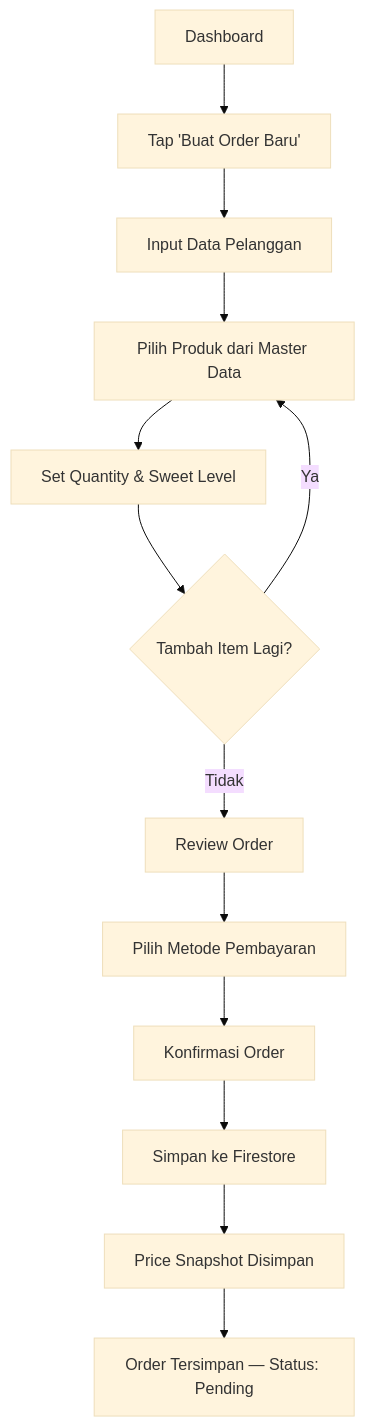
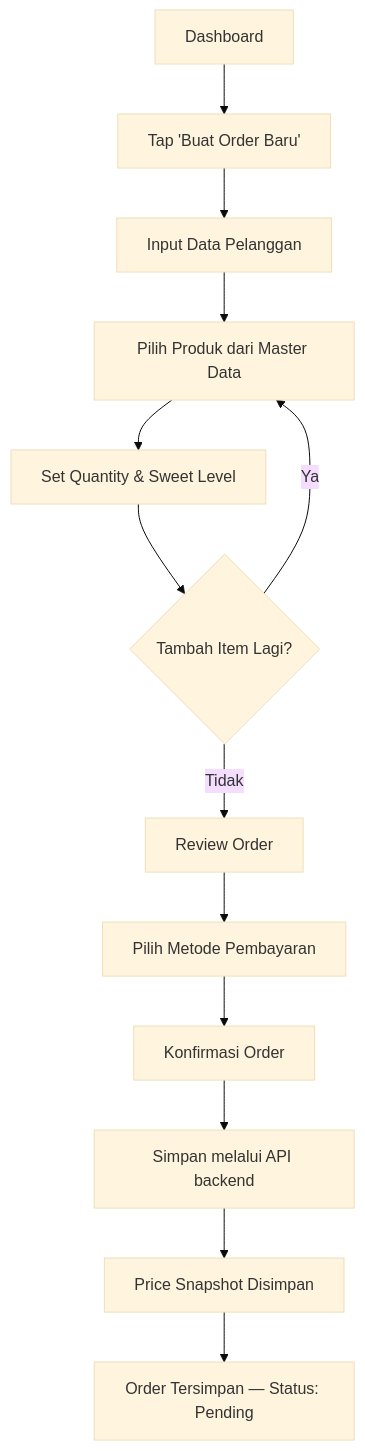
Before and after one commit to ryceryce/JoyMilk: the second of 4 diagrams in docs/PRD.md, drawn with Mermaid (base theme). The commit also changed other lines of this file and 57 other files, not shown here.

````diff
--- a/docs/PRD.md
+++ b/docs/PRD.md
@@ -180,15 +179,15 @@
 ```mermaid
 flowchart TD
     A["Dashboard"] --> B["Tap 'Buat Order Baru'"]
     B --> C["Input Data Pelanggan"]
     C --> D["Pilih Produk dari Master Data"]
     D --> E["Set Quantity & Sweet Level"]
     E --> F{"Tambah Item Lagi?"}
     F -- Ya --> D
     F -- Tidak --> G["Review Order"]
     G --> H["Pilih Metode Pembayaran"]
     H --> I["Konfirmasi Order"]
-    I --> J["Simpan ke Firestore"]
+    I --> J["Simpan melalui API backend"]
     J --> K["Price Snapshot Disimpan"]
     K --> L["Order Tersimpan — Status: Pending"]
 ```
````
